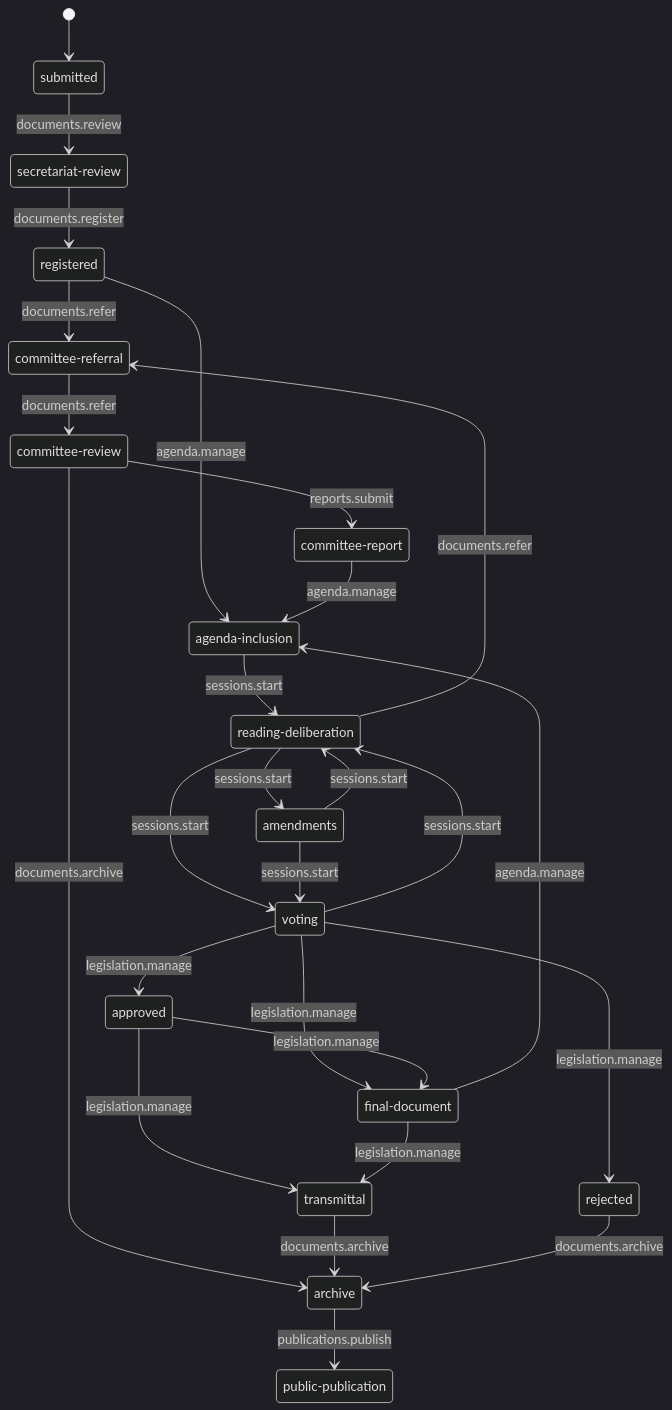
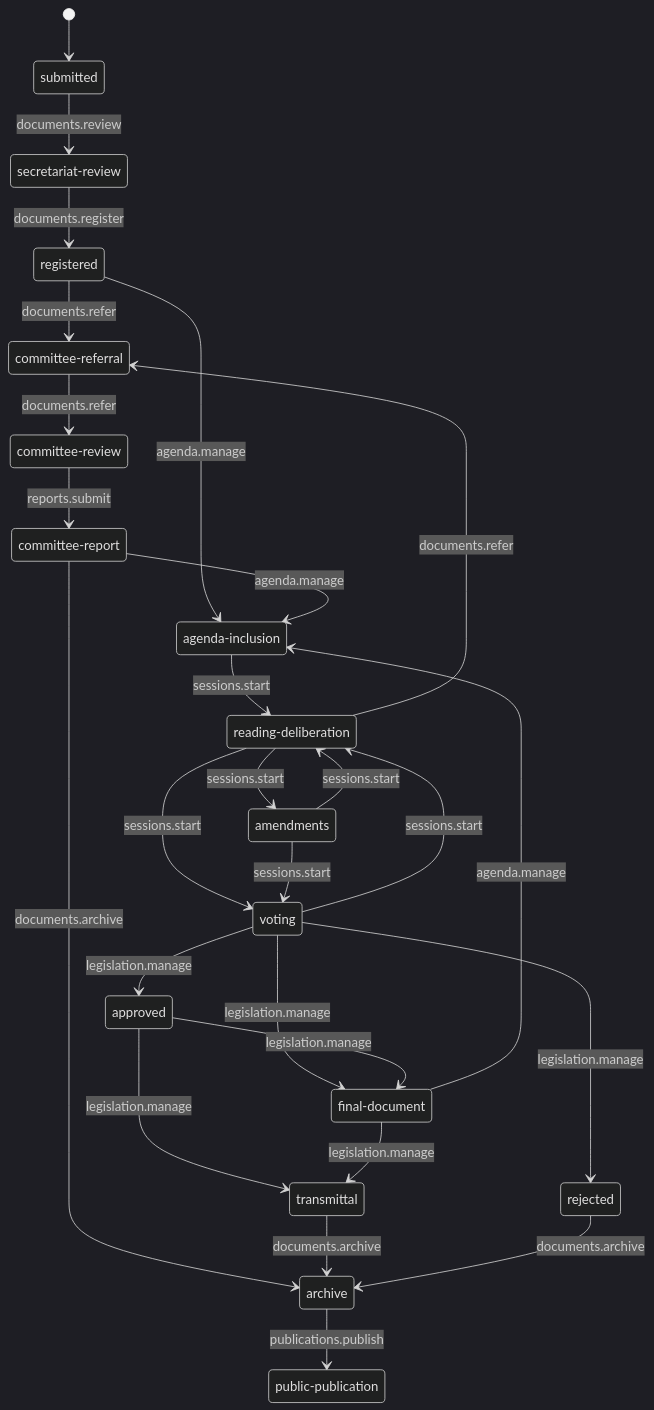
The third of 7 diagrams in docs/process-flow.md (zailmer30/sentria), drawn with Mermaid (dark theme) before and after one commit. The commit also changed other lines of this file and 294 other files, not shown here.

````diff
--- a/docs/process-flow.md
+++ b/docs/process-flow.md
@@ -108,46 +108,46 @@
 ```mermaid
 stateDiagram-v2
   [*] --> submitted
   submitted --> secretariatReview: documents.review
   secretariatReview --> registered: documents.register
   registered --> committeeReferral: documents.refer
   registered --> agendaInclusion: agenda.manage
   agendaInclusion --> readingDeliberation: sessions.start
   readingDeliberation --> committeeReferral: documents.refer
   committeeReferral --> committeeReview: documents.refer
   committeeReview --> committeeReport: reports.submit
-  committeeReview --> archive: documents.archive
   committeeReport --> agendaInclusion: agenda.manage
+  committeeReport --> archive: documents.archive
   readingDeliberation --> amendments: sessions.start
   amendments --> readingDeliberation: sessions.start
   readingDeliberation --> voting: sessions.start
   amendments --> voting: sessions.start
   voting --> readingDeliberation: sessions.start
   voting --> finalDocument: legislation.manage
   voting --> approved: legislation.manage
   voting --> rejected: legislation.manage
   approved --> finalDocument: legislation.manage
   approved --> transmittal: legislation.manage
   finalDocument --> transmittal: legislation.manage
   finalDocument --> agendaInclusion: agenda.manage
   transmittal --> archive: documents.archive
   rejected --> archive: documents.archive
   archive --> publicPublication: publications.publish
 
   submitted: submitted
   secretariatReview: secretariat-review
   registered: registered
   committeeReferral: committee-referral
   committeeReview: committee-review
   committeeReport: committee-report
   agendaInclusion: agenda-inclusion
   readingDeliberation: reading-deliberation
   amendments: amendments
   voting: voting
   approved: approved
   rejected: rejected
   finalDocument: final-document
   transmittal: transmittal
   archive: archive
   publicPublication: public-publication
 ```
````
